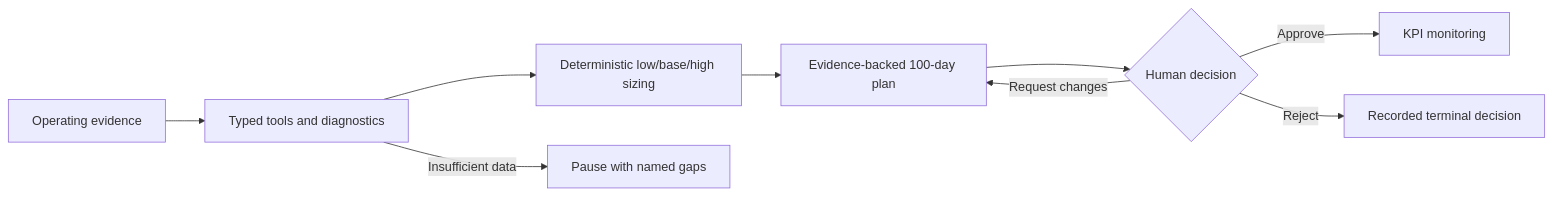
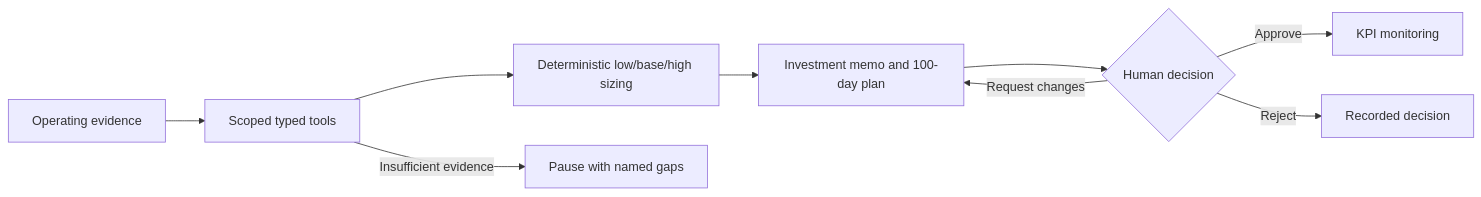
The diagram in docs/portfolio/case-study.md (ahines99/pe-value-creation-os), drawn with Mermaid before and after one commit. The commit also changed other lines of this file and 50 other files, not shown here.

Commit message:
Build executive PE workspace with verified decision and evidence journeys

````diff
--- a/docs/portfolio/case-study.md
+++ b/docs/portfolio/case-study.md
@@ -13,11 +46,11 @@
 ```mermaid
 flowchart LR
-    A[Operating evidence] --> B[Typed tools and diagnostics]
+    A[Operating evidence] --> B[Scoped typed tools]
     B --> C[Deterministic low/base/high sizing]
-    C --> D[Evidence-backed 100-day plan]
+    C --> D[Investment memo and 100-day plan]
     D --> E{Human decision}
     E -->|Approve| F[KPI monitoring]
     E -->|Request changes| D
-    E -->|Reject| G[Recorded terminal decision]
-    B -->|Insufficient data| H[Pause with named gaps]
+    E -->|Reject| G[Recorded decision]
+    B -->|Insufficient evidence| H[Pause with named gaps]
 ```
````
